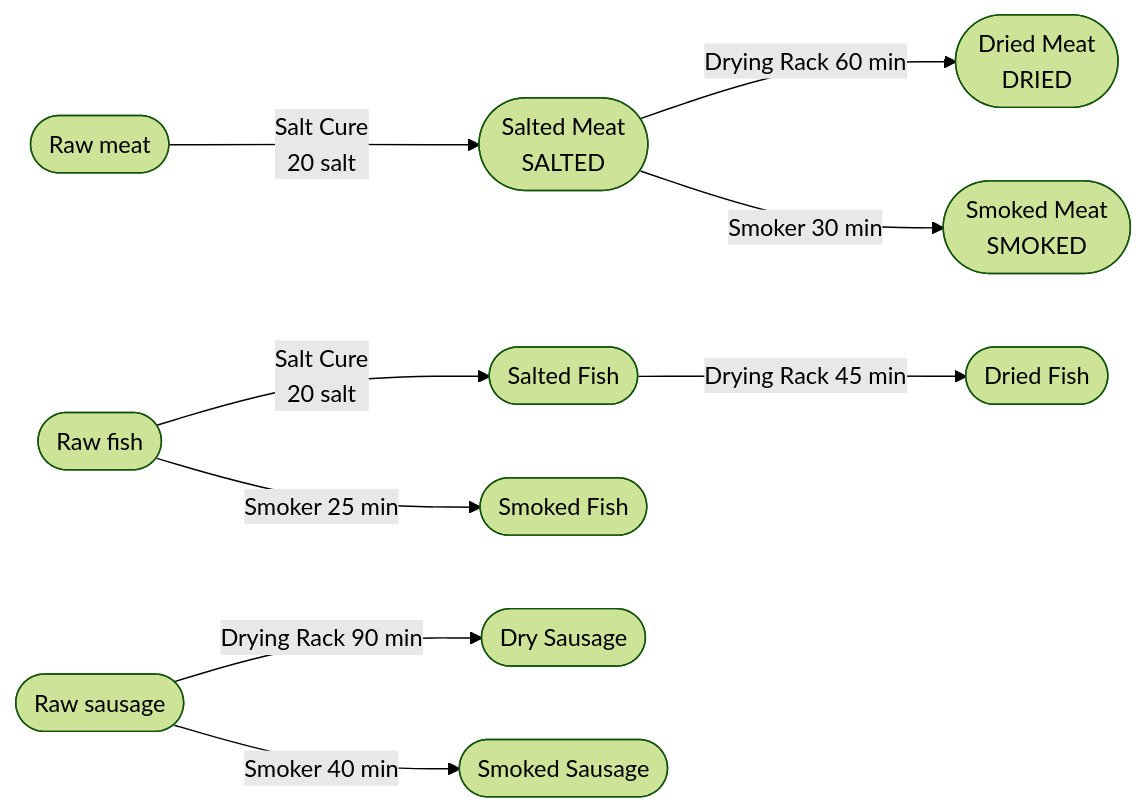
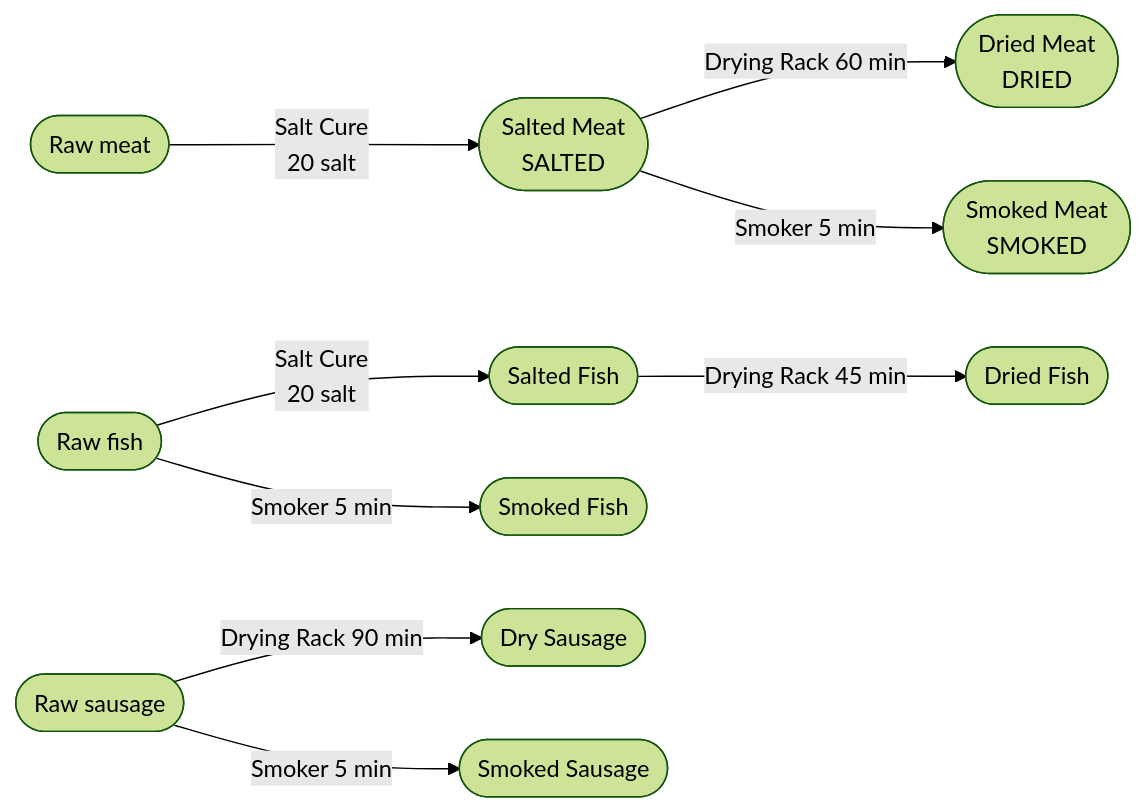
Before and after one commit to Psyern/Psyerns_ChefZ: diagram 11 of 13 in ChefZ_Wiki/Production-Chains.md, drawn with Mermaid (forest theme). The commit also changed other lines of this file and 8 other files, not shown here.

````diff
--- a/ChefZ_Wiki/Production-Chains.md
+++ b/ChefZ_Wiki/Production-Chains.md
@@ -401,11 +397,11 @@
 ```mermaid
 graph LR
   M(["Raw meat"]) -->|"Salt Cure<br/>20 salt"| SM(["Salted Meat<br/>SALTED"])
   SM -->|"Drying Rack 60 min"| DM(["Dried Meat<br/>DRIED"])
-  SM -->|"Smoker 30 min"| SMM(["Smoked Meat<br/>SMOKED"])
+  SM -->|"Smoker 5 min"| SMM(["Smoked Meat<br/>SMOKED"])
   F(["Raw fish"]) -->|"Salt Cure<br/>20 salt"| SF(["Salted Fish"])
   SF -->|"Drying Rack 45 min"| DF(["Dried Fish"])
-  F -->|"Smoker 25 min"| SMF(["Smoked Fish"])
+  F -->|"Smoker 5 min"| SMF(["Smoked Fish"])
   RS(["Raw sausage"]) -->|"Drying Rack 90 min"| DS(["Dry Sausage"])
-  RS -->|"Smoker 40 min"| SMS(["Smoked Sausage"])
+  RS -->|"Smoker 5 min"| SMS(["Smoked Sausage"])
 ```
````
